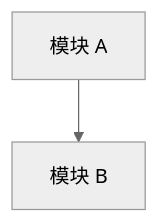
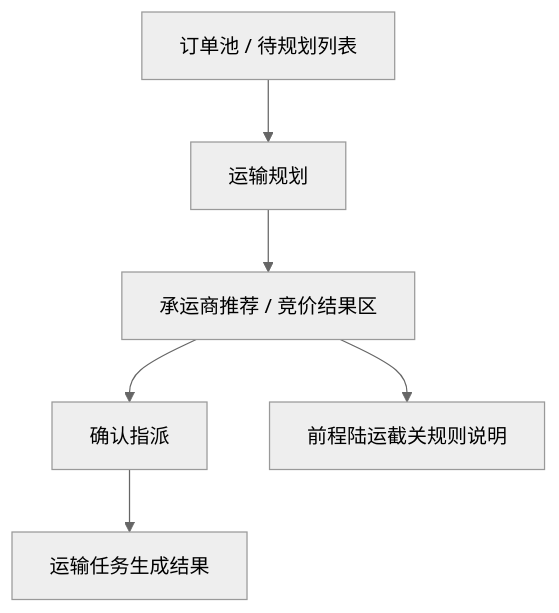
Before and after one commit to husinglemon-art/TMS_Shipper: the diagram in 01_Master_Documents/Module_Map.md, drawn with Mermaid (neutral theme). The commit also changed other lines of this file, not shown here.

Commit message:
docs: add v1.0 architecture and flow artifacts

````diff
--- a/01_Master_Documents/Module_Map.md
+++ b/01_Master_Documents/Module_Map.md
@@ -34,4 +39,8 @@
 ```mermaid
 graph TD
-    A[模块 A] --> B[模块 B]
+    A[订单池 / 待规划列表] --> B[运输规划]
+    B --> C[承运商推荐 / 竞价结果区]
+    C --> D[确认指派]
+    D --> E[运输任务生成结果]
+    C --> F[前程陆运截关规则说明]
 ```
````
